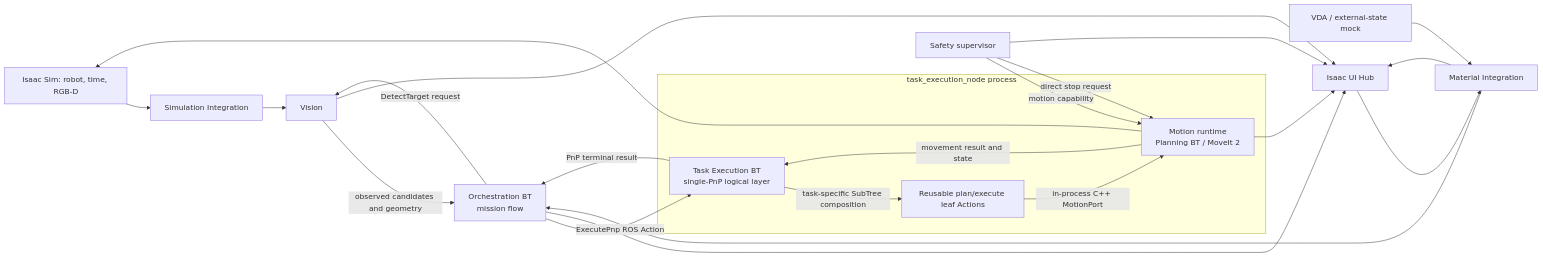
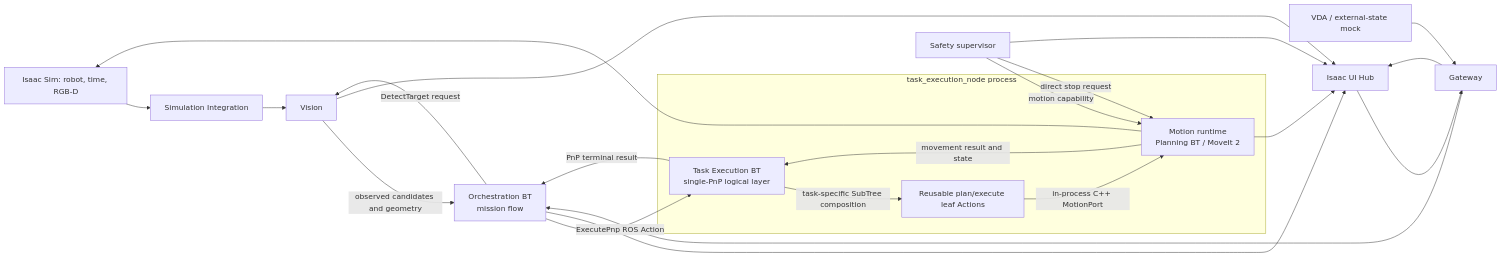
Before and after one commit to dev-kibeom/sftwin-arm-cell: the diagram in README.en.md, drawn with Mermaid. The commit also changed other lines of this file and 3 other files, not shown here.

````diff
--- a/README.en.md
+++ b/README.en.md
@@ -35,28 +35,28 @@
 ```mermaid
 flowchart LR
     Isaac[Isaac Sim: robot, time, RGB-D] --> Integration[Simulation Integration]
     Integration --> Vision[Vision]
     Vision -->|observed candidates and geometry| Orchestration[Orchestration BT<br/>mission flow]
     Orchestration -->|DetectTarget request| Vision
     Orchestration -->|ExecutePnp ROS Action| TaskExecution
     subgraph TaskRuntime[task_execution_node process]
         TaskExecution[Task Execution BT<br/>single-PnP logical layer]
         MotionActions[Reusable plan/execute leaf Actions]
         Motion[Motion runtime<br/>Planning BT / MoveIt 2]
         TaskExecution -->|task-specific SubTree composition| MotionActions
         MotionActions -->|in-process C++ MotionPort| Motion
         Motion -->|movement result and state| TaskExecution
     end
     TaskExecution -->|PnP terminal result| Orchestration
     Motion --> Isaac
-    VDA[VDA / external-state mock] --> Material[Material Integration]
+    VDA[VDA / external-state mock] --> Material[Gateway]
     Hub[Isaac UI Hub] --> Material
     Material --> Orchestration
     Safety[Safety supervisor] -->|motion capability| Motion
     Safety -->|direct stop request| Motion
     Orchestration --> Hub
     Vision --> Hub
     Motion --> Hub
     Safety --> Hub
     Material --> Hub
 ```
````
